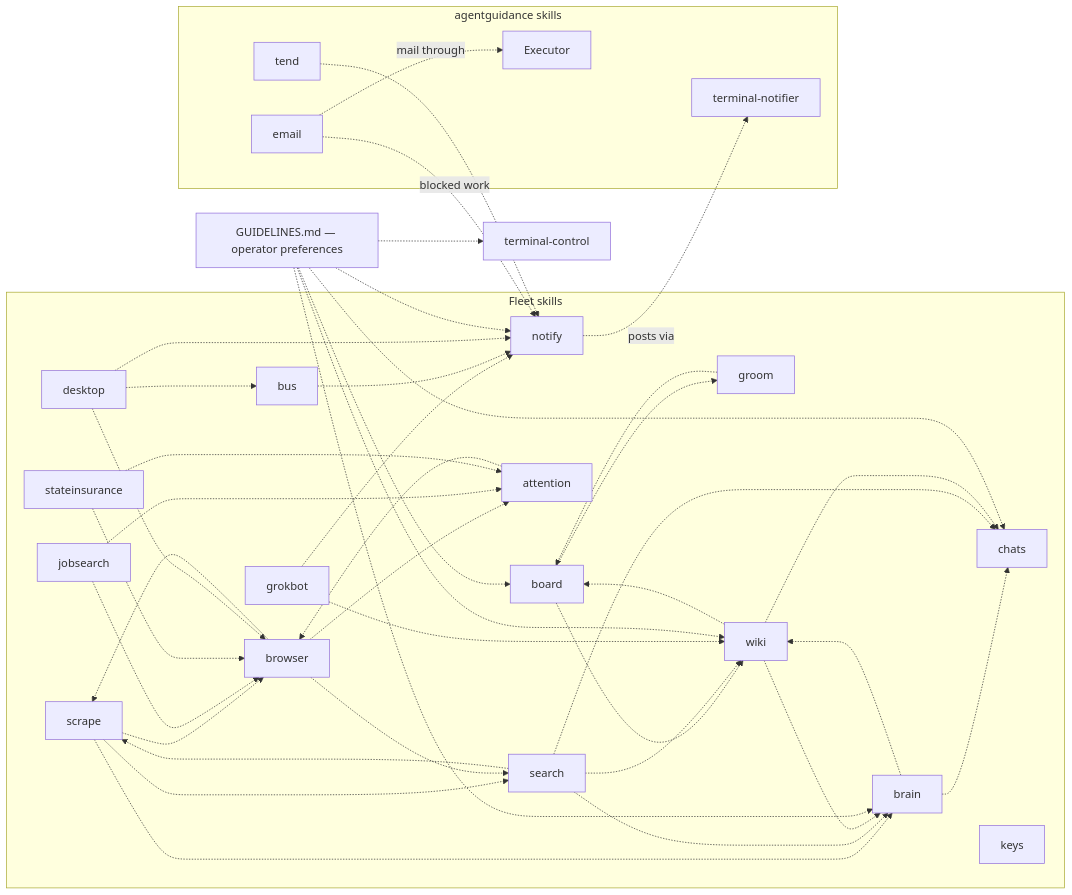
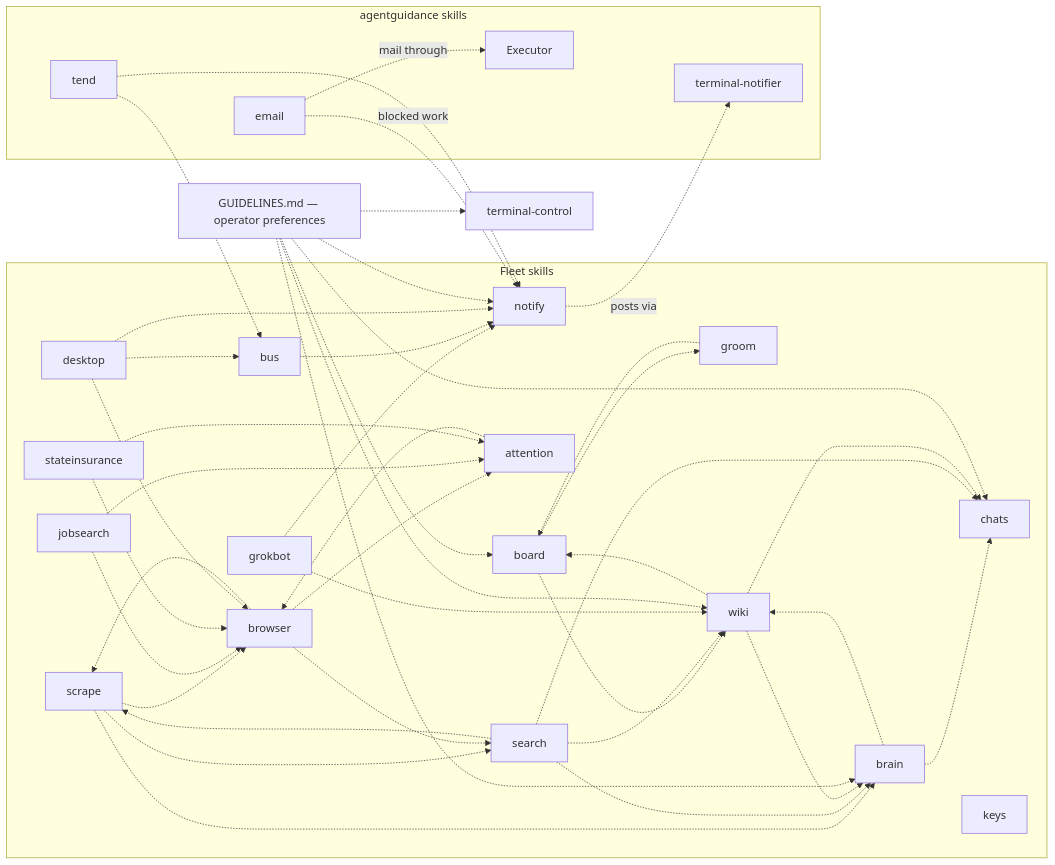
The third of 3 diagrams in skills/fleet/MAP.md (possibilities/agentstart), drawn with Mermaid before and after one commit. The commit also changed other lines of this file and 8 other files, not shown here.

````diff
--- a/skills/fleet/MAP.md
+++ b/skills/fleet/MAP.md
@@ -134,32 +134,33 @@
 ```mermaid
 flowchart LR
     subgraph fleetSkills [Fleet skills]
         board -.-> groom & wiki
         groom -.-> board
         brain -.-> chats & wiki
         scrape -.-> brain & browser & search
         search -.-> brain & chats & scrape & wiki
         browser -.-> attention & scrape & search
         attention -.-> browser
         jobsearch -.-> attention & browser
         stateinsurance -.-> attention & browser
         wiki -.-> board & brain & chats
         desktop -.-> browser & bus
         grokbot -.-> notify & wiki
         chats
         keys
         bus
     end
 
     subgraph guidanceSkills [agentguidance skills]
         notify -.->|posts via| notifierCli[terminal-notifier]
         email -.->|mail through| executor[Executor]
         email -.->|blocked work| notify
         tend[tend] -.-> notify
+        tend -.-> bus
     end
 
     bus -.-> notify
     desktop -.-> notify
 
     guidelines[GUIDELINES.md — operator preferences] -.-> brain & chats & board & notify & wiki & terminalControl[terminal-control]
 ```
````
